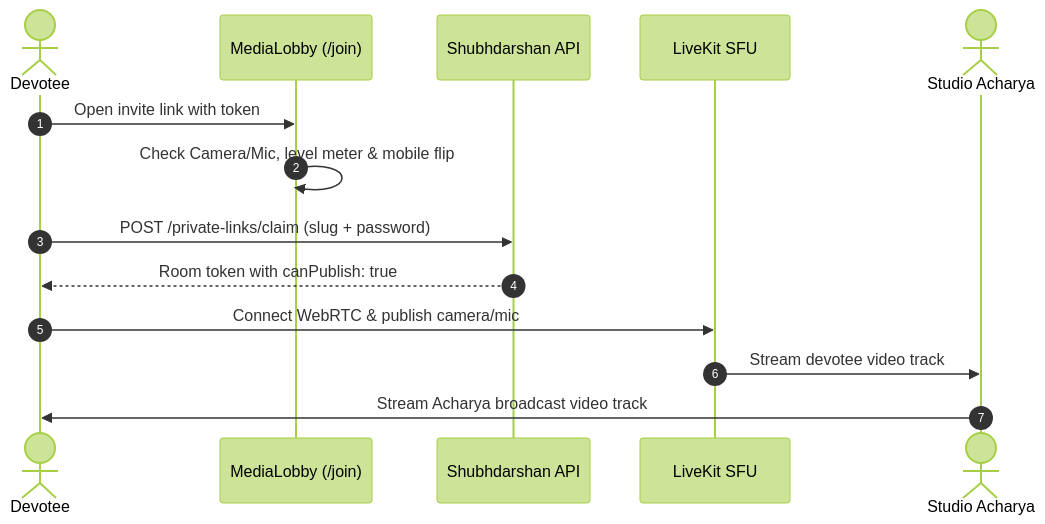
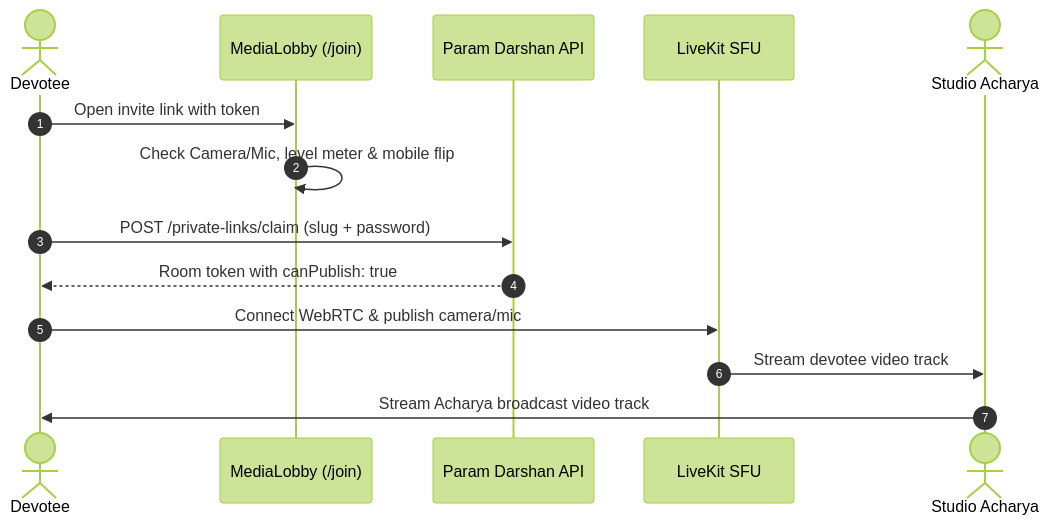
The second of 3 diagrams in README.md (AnkitTiwari2005/LIVE-STREAM), drawn with Mermaid (forest theme) before and after one commit. The commit also changed other lines of this file and 271 other files, not shown here.

Commit message:
chore: full platform rebrand from Shubhdarshan to Param Darshan

````diff
--- a/README.md
+++ b/README.md
@@ -163,17 +163,17 @@
 ```mermaid
 sequenceDiagram
     autonumber
     actor Devotee
     participant Lobby as MediaLobby (/join)
-    participant API as Shubhdarshan API
+    participant API as Param Darshan API
     participant SFU as LiveKit SFU
     actor Pandit as Studio Acharya
 
     Devotee->>Lobby: Open invite link with token
     Lobby->>Lobby: Check Camera/Mic, level meter & mobile flip
     Devotee->>API: POST /private-links/claim (slug + password)
     API-->>Devotee: Room token with canPublish: true
     Devotee->>SFU: Connect WebRTC & publish camera/mic
     SFU->>Pandit: Stream devotee video track
     Pandit->>Devotee: Stream Acharya broadcast video track
 ```
````
